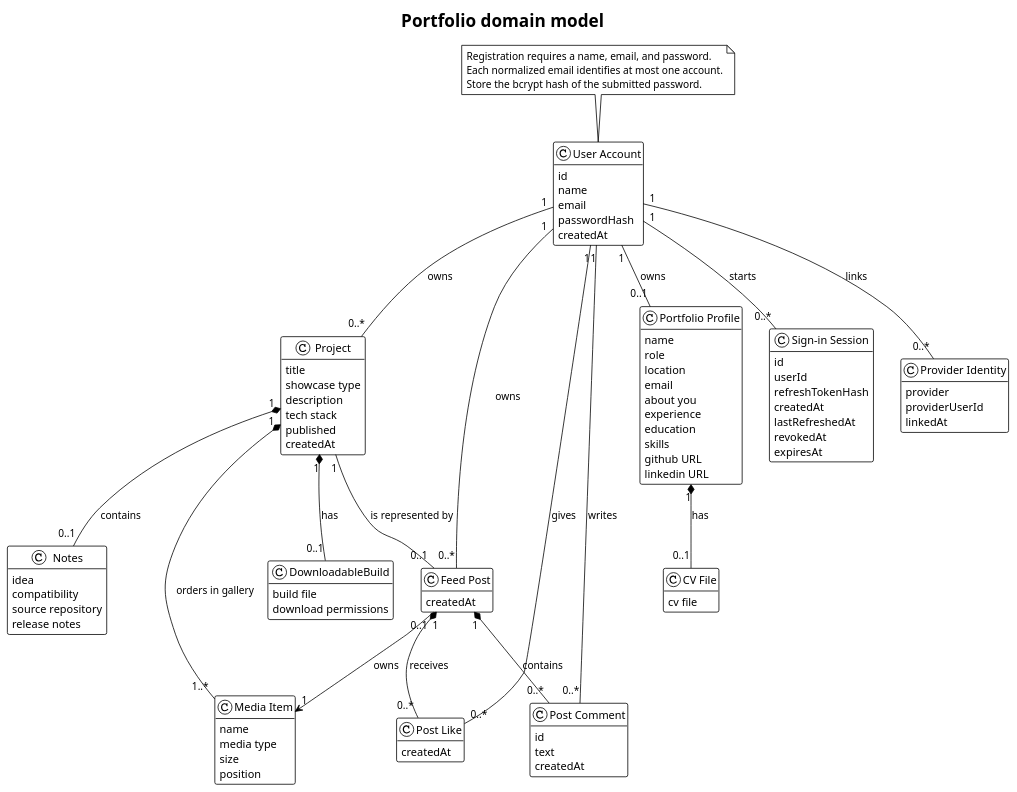
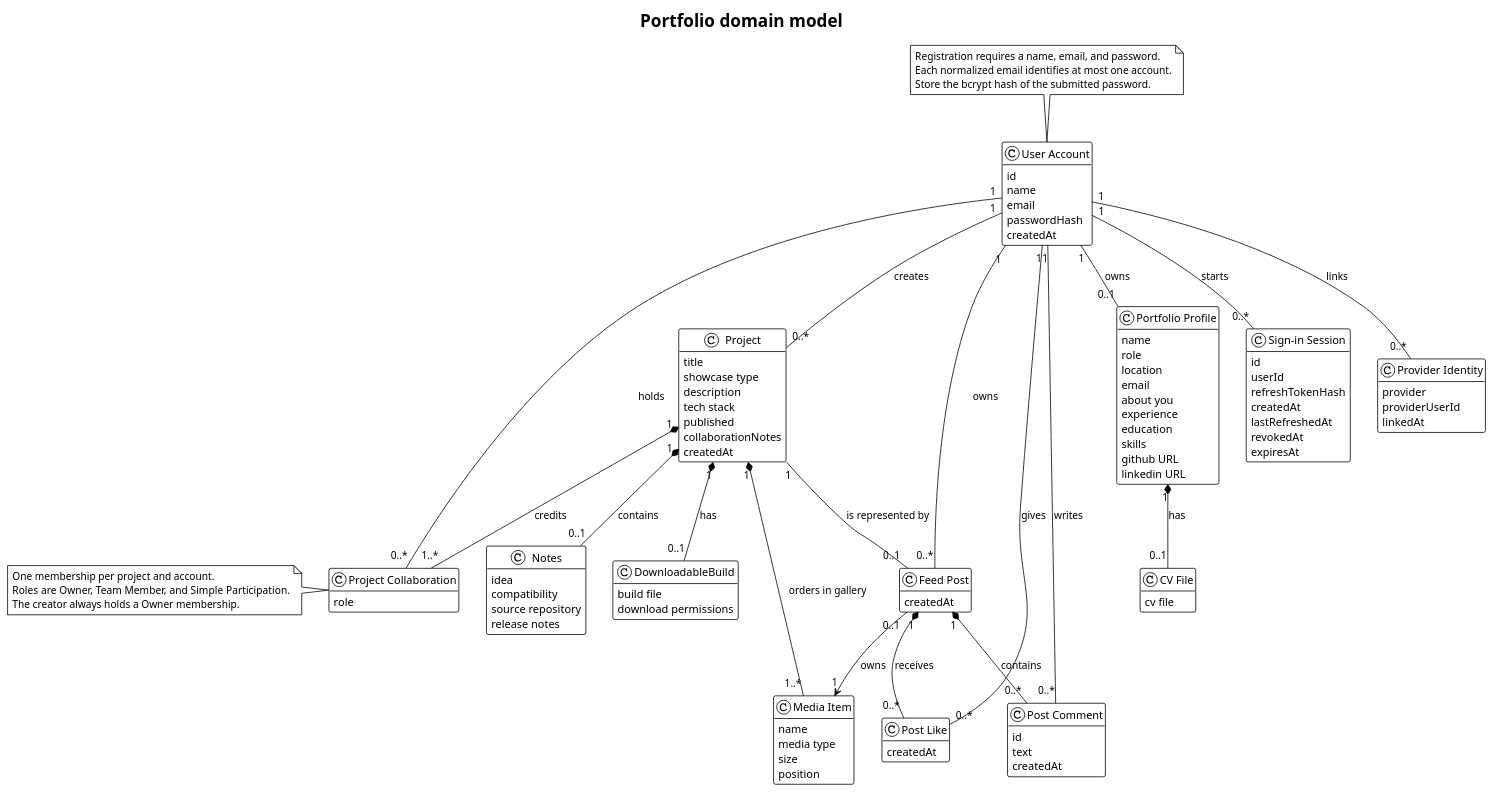
Before and after one commit to MiguelRibeiro1210/Portfolio_Website: the diagram in docs/global_artifacts/domain-model.puml, drawn with PlantUML. The commit also changed 4 other files, not shown here.

```diff
--- a/docs/global_artifacts/domain-model.puml
+++ b/docs/global_artifacts/domain-model.puml
@@ -1,112 +1,125 @@
 @startuml
 !theme plain
 title Portfolio domain model
 hide empty members
 skinparam classAttributeIconSize 0
 
 class "User Account" as UserAccount {
   id
   name
   email
   passwordHash
   createdAt
 }
 
+class "Project Collaboration" as ProjectCollaboration {
+    role
+}
+
 class Project {
     title
     showcase type
     description
     tech stack
     published
+    collaborationNotes
     createdAt
 }
 
 class "Media Item" as MediaItem {
     name
     media type
     size
     position
 }
 
 class "Feed Post" as FeedPost {
     createdAt
 }
 
 class "Post Like" as PostLike {
     createdAt
 }
 
 class "Post Comment" as PostComment {
     id
     text
     createdAt
 }
 
 class Notes {
     idea
     compatibility
     source repository
     release notes
 }
 
 class "DownloadableBuild" as Build {
     build file
     download permissions
 }
 
 class "Portfolio Profile" as Profile {
     name
     role
     location
     email
     about you
     experience
     education
     skills
     github URL
     linkedin URL
 }
 
 class "CV File" as CV {
     cv file
 }
 class "Sign-in Session" as SignInSession {
     id
     userId
     refreshTokenHash
     createdAt
     lastRefreshedAt
     revokedAt
     expiresAt
 }
 
 class "Provider Identity" as ProviderIdentity {
   provider
   providerUserId
   linkedAt
 }
 
 UserAccount "1" -- "0..*" ProviderIdentity : links
 
-UserAccount "1" -- "0..*" Project : owns
+UserAccount "1" -- "0..*" Project : creates
 UserAccount "1" -- "0..1" Profile : owns
 Project "1" *-- "0..1" Build : has
 UserAccount "1" -- "0..*" SignInSession : starts
 Project "1" *-- "0..1" Notes : contains
 Project "1" *-- "1..*" MediaItem : orders in gallery
 Project "1" -- "0..1" FeedPost : is represented by
 UserAccount "1" -- "0..*" FeedPost : owns
 FeedPost "0..1" --> "1" MediaItem : owns
 FeedPost "1" *-- "0..*" PostLike : receives
 UserAccount "1" -- "0..*" PostLike : gives
 FeedPost "1" *-- "0..*" PostComment : contains
 UserAccount "1" -- "0..*" PostComment : writes
 Profile "1" *-- "0..1" CV : has
+UserAccount "1" -- "0..*" ProjectCollaboration : holds
+Project "1" *-- "1..*" ProjectCollaboration : credits
+
+note left of ProjectCollaboration
+  One membership per project and account.
+  Roles are Owner, Team Member, and Simple Participation.
+  The creator always holds a Owner membership.
+end note
 
 note top of UserAccount
   Registration requires a name, email, and password.
   Each normalized email identifies at most one account.
   Store the bcrypt hash of the submitted password.
 end note
 
 @enduml
```
